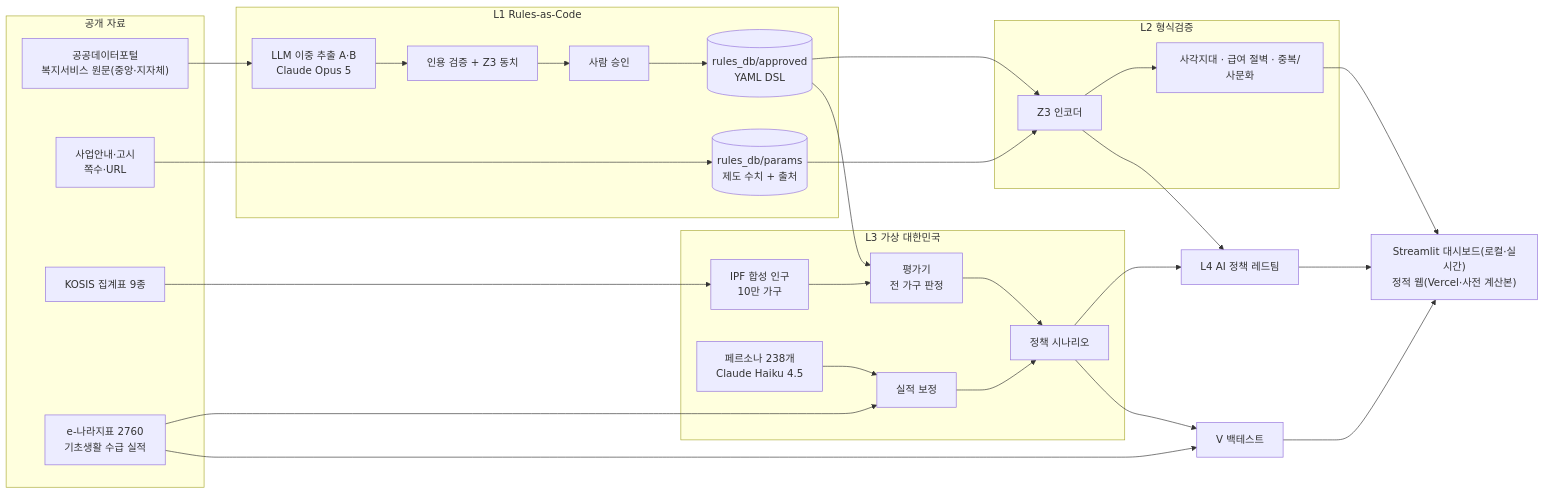
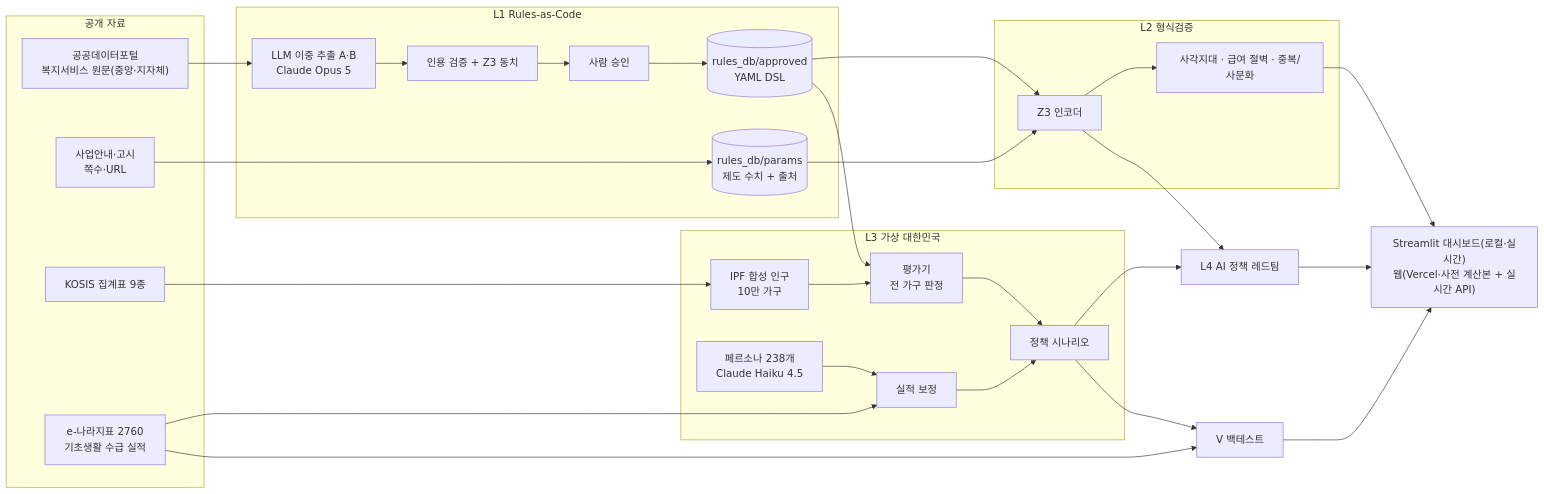
One commit to LeeJaeHaeng/WelfareTwin changed the first of 2 diagrams in README.md. Above: the diagram before and after it, drawn with Mermaid. The commit also changed other lines of this file and 3 other files, not shown here.

First line of the commit message:
문서·웹: 실시간 API(Vercel) 주소·실측 시간, Z3 절벽 재탐색은 시간 예산 안 결과임을 표시

````diff
--- a/README.md
+++ b/README.md
@@ -145,34 +149,34 @@
 ```mermaid
 flowchart LR
   subgraph SRC["공개 자료"]
     API["공공데이터포털<br/>복지서비스 원문(중앙·지자체)"]
     GUIDE["사업안내·고시<br/>쪽수·URL"]
     KOSIS["KOSIS 집계표 9종"]
     ENARA["e-나라지표 2760<br/>기초생활 수급 실적"]
   end
   subgraph L1["L1 Rules-as-Code"]
     EX["LLM 이중 추출 A·B<br/>Claude Opus 5"] --> CC["인용 검증 + Z3 동치"] --> HUM["사람 승인"] --> DB[("rules_db/approved<br/>YAML DSL")]
     PAR[("rules_db/params<br/>제도 수치 + 출처")]
   end
   subgraph L2["L2 형식검증"]
     ENC["Z3 인코더"] --> Q["사각지대 · 급여 절벽 · 중복/사문화"]
   end
   subgraph L3["L3 가상 대한민국"]
     IPF["IPF 합성 인구<br/>10만 가구"] --> EVAL["평가기<br/>전 가구 판정"] --> SCN["정책 시나리오"]
     PER["페르소나 238개<br/>Claude Haiku 4.5"] --> CAL["실적 보정"] --> SCN
   end
   API --> EX
   GUIDE --> PAR
   DB --> ENC
   PAR --> ENC
   DB --> EVAL
   KOSIS --> IPF
   ENARA --> CAL
   SCN --> RT["L4 AI 정책 레드팀"]
   ENC --> RT
   SCN --> BT["V 백테스트"]
   ENARA --> BT
-  Q --> OUT["Streamlit 대시보드(로컬·실시간)<br/>정적 웹(Vercel·사전 계산본)"]
+  Q --> OUT["Streamlit 대시보드(로컬·실시간)<br/>웹(Vercel·사전 계산본 + 실시간 API)"]
   RT --> OUT
   BT --> OUT
 ```
````
